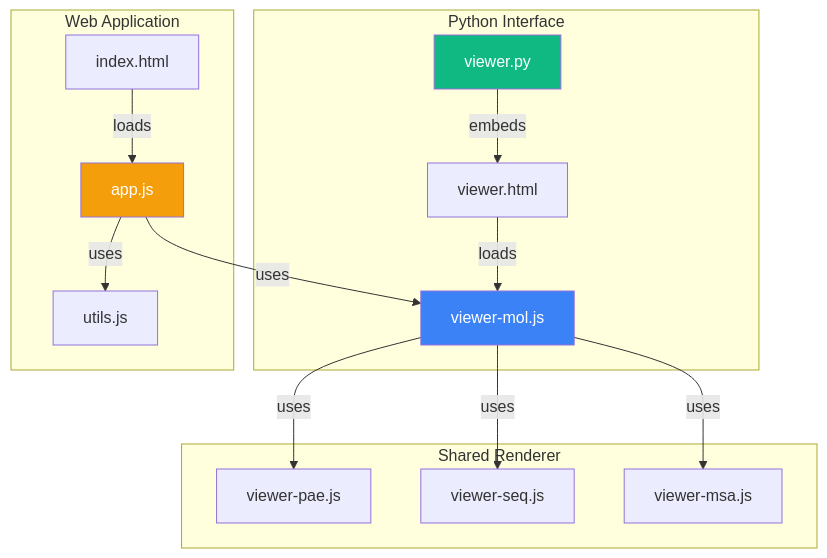
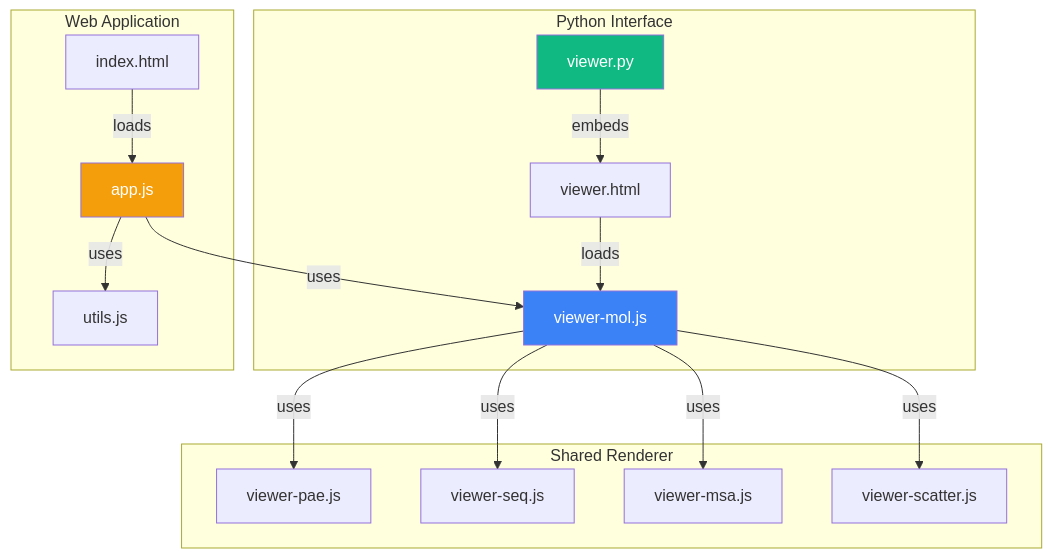
One commit to sokrypton/py2Dmol changed the first of 3 diagrams in technical_readme.md. Above: the diagram before and after it, drawn with Mermaid. The commit also changed other lines of this file and 11 other files, not shown here.

````diff
--- a/technical_readme.md
+++ b/technical_readme.md
@@ -32,23 +33,24 @@
 ```mermaid
 graph TB
     subgraph "Python Interface"
         A[viewer.py] -->|embeds| B[viewer.html]
         B -->|loads| C[viewer-mol.js]
     end
     
     subgraph "Web Application"
         D[index.html] -->|loads| E[app.js]
         E -->|uses| F[utils.js]
         E -->|uses| C
     end
     
     subgraph "Shared Renderer"
         C -->|uses| G[viewer-pae.js]
         C -->|uses| H[viewer-seq.js]
         C -->|uses| I[viewer-msa.js]
+        C -->|uses| J[viewer-scatter.js]
     end
     
     style C fill:#3b82f6,color:#fff
     style A fill:#10b981,color:#fff
     style E fill:#f59e0b,color:#fff
 ```
````
